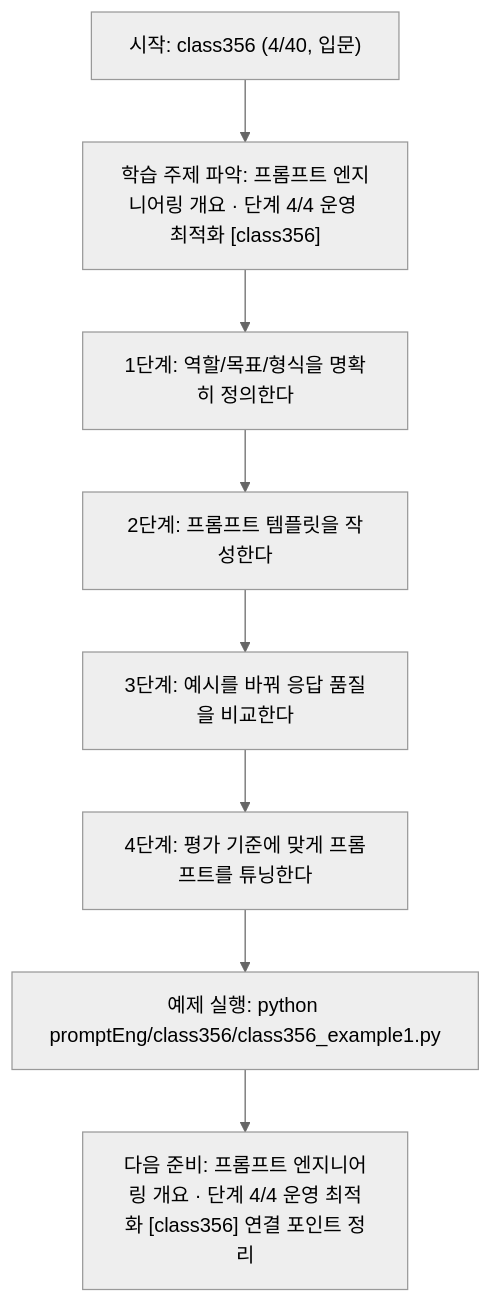
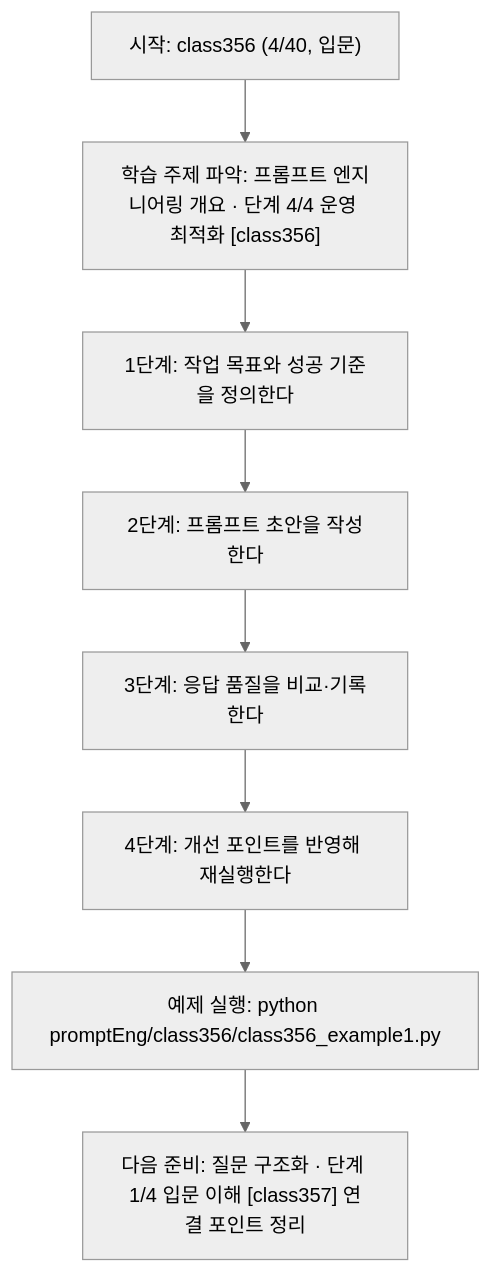
The diagram in promptEng/class356/class356.md (edumgt/Python-AI_Agent-Class), drawn with Mermaid (neutral theme) before and after one commit. The commit also changed other lines of this file and 283 other files, not shown here.

````diff
--- a/promptEng/class356/class356.md
+++ b/promptEng/class356/class356.md
@@ -110,18 +91,18 @@
 ```mermaid
 flowchart TD
 N1["시작: class356 (4/40, 입문)"]
 N2["학습 주제 파악: 프롬프트 엔지니어링 개요 · 단계 4/4 운영 최적화 [class356]"]
-N3["1단계: 역할/목표/형식을 명확히 정의한다"]
-N4["2단계: 프롬프트 템플릿을 작성한다"]
-N5["3단계: 예시를 바꿔 응답 품질을 비교한다"]
-N6["4단계: 평가 기준에 맞게 프롬프트를 튜닝한다"]
+N3["1단계: 작업 목표와 성공 기준을 정의한다"]
+N4["2단계: 프롬프트 초안을 작성한다"]
+N5["3단계: 응답 품질을 비교·기록한다"]
+N6["4단계: 개선 포인트를 반영해 재실행한다"]
 N7["예제 실행: python promptEng/class356/class356_example1.py"]
-N8["다음 준비: 프롬프트 엔지니어링 개요 · 단계 4/4 운영 최적화 [class356] 연결 포인트 정리"]
+N8["다음 준비: 질문 구조화 · 단계 1/4 입문 이해 [class357] 연결 포인트 정리"]
 N1 --> N2
 N2 --> N3
 N3 --> N4
 N4 --> N5
 N5 --> N6
 N6 --> N7
 N7 --> N8
 ```
````
